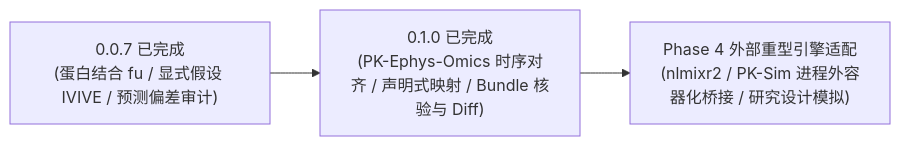
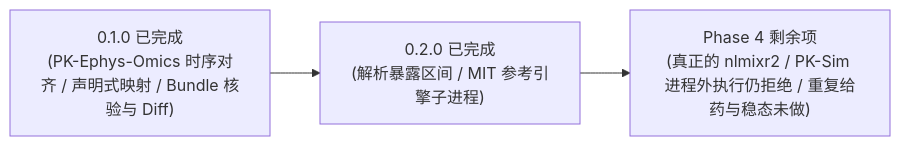
The second of 2 diagrams in docs/project-evaluation.md (JianyunZhang/PharmacoWeave), drawn with Mermaid before and after one commit. The commit also changed other lines of this file and 37 other files, not shown here.

````diff
--- a/docs/project-evaluation.md
+++ b/docs/project-evaluation.md
@@ -66,5 +67,5 @@
 ```mermaid
 flowchart LR
-    M7["0.0.7 已完成<br/>(蛋白结合 fu / 显式假设 IVIVE / 预测偏差审计)"] --> M8["0.1.0 已完成<br/>(PK-Ephys-Omics 时序对齐 / 声明式映射 / Bundle 核验与 Diff)"]
-    M8 --> P4["Phase 4 外部重型引擎适配<br/>(nlmixr2 / PK-Sim 进程外容器化桥接 / 研究设计模拟)"]
+    M8["0.1.0 已完成<br/>(PK-Ephys-Omics 时序对齐 / 声明式映射 / Bundle 核验与 Diff)"] --> M9["0.2.0 已完成<br/>(解析暴露区间 / MIT 参考引擎子进程)"]
+    M9 --> P4["Phase 4 剩余项<br/>(真正的 nlmixr2 / PK-Sim 进程外执行仍拒绝 / 重复给药与稳态未做)"]
 ```
````
